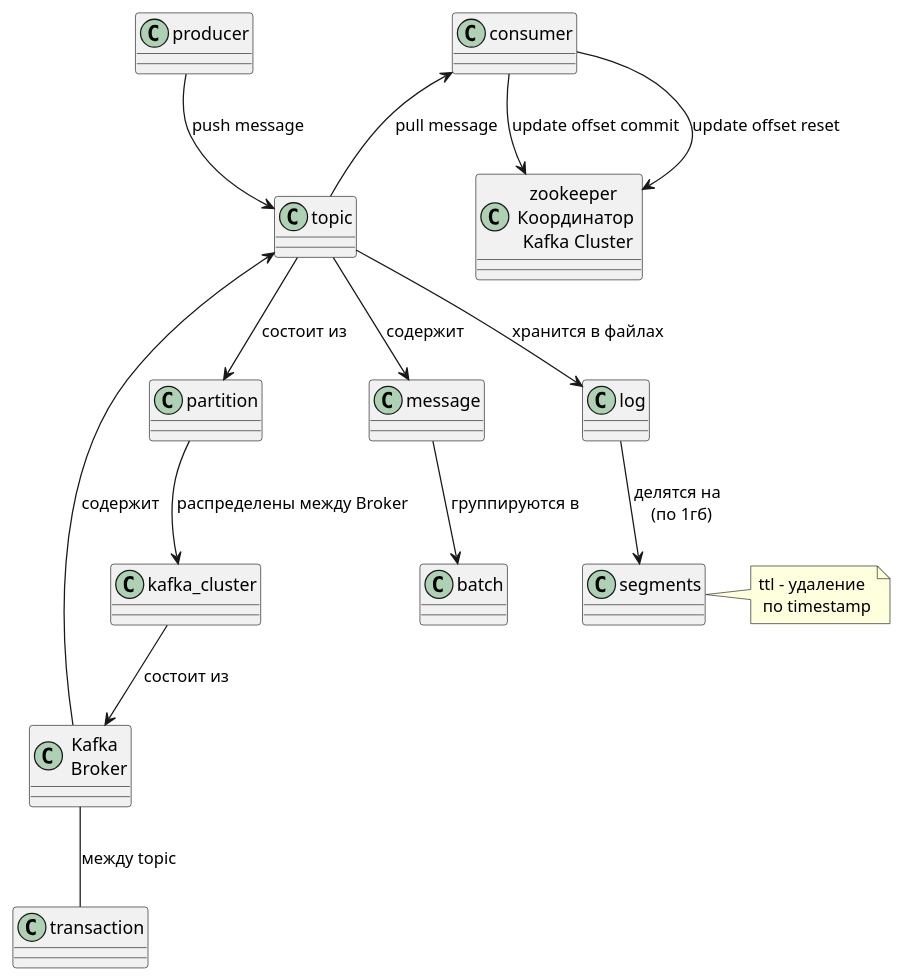
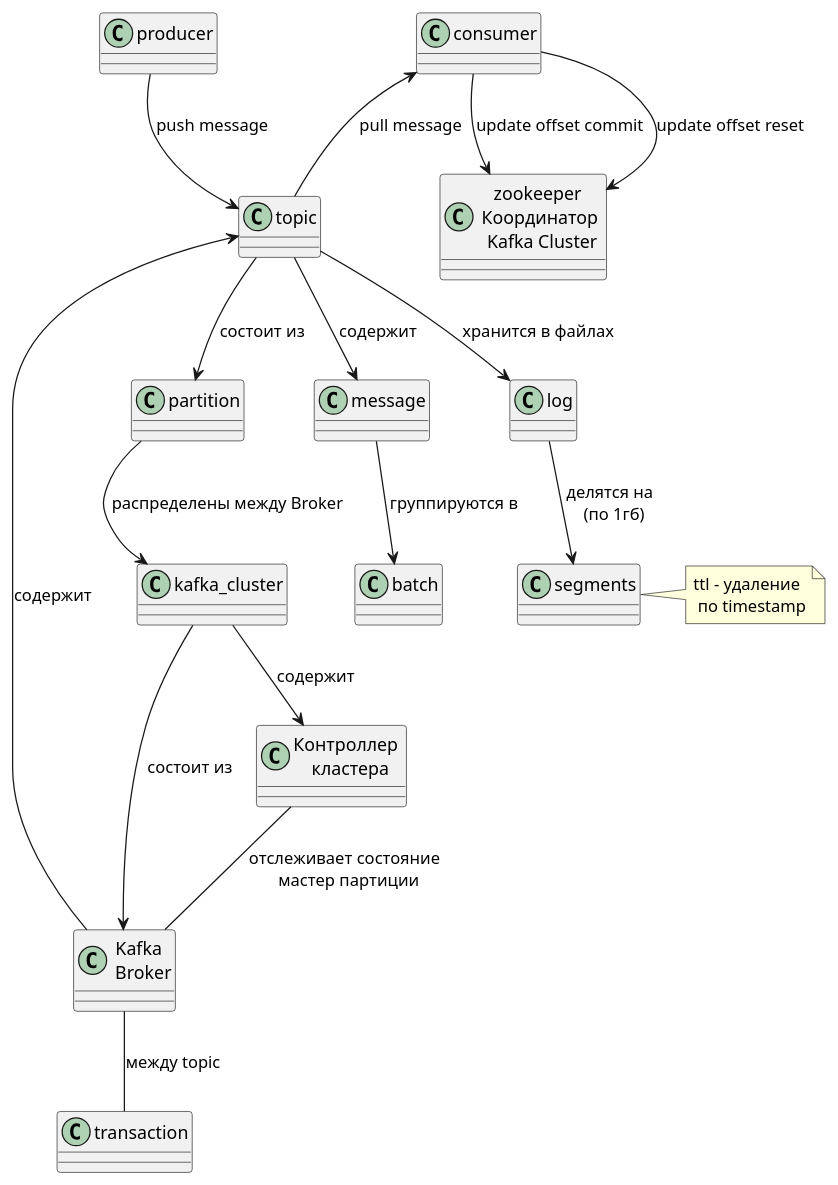
Before and after one commit to daemon110282/daemon110282.github.io: the diagram in technology/middleware/messagebus/kafka.puml, drawn with PlantUML. The commit also changed 2 other files, not shown here.

Commit message:
kafka docker add.

```diff
--- a/technology/middleware/messagebus/kafka.puml
+++ b/technology/middleware/messagebus/kafka.puml
@@ -1,27 +1,31 @@
 @startuml (id=Jenkins)
 
 class kafka as "Kafka \n Broker"
 class zookeeper as "zookeeper \n Координатор \n Kafka Cluster"
+' отвечает за назначение мастеров партиций и отслеживает состояние брокеров
+class kafka_controller as "Контроллер \n кластера"
 
 kafka_cluster --> kafka: состоит из
+kafka_cluster --> kafka_controller: содержит
+kafka_controller -- kafka: отслеживает состояние \n мастер партиции 
 
 kafka --> topic : содержит
 topic --> partition : состоит из
 partition --> kafka_cluster: распределены между Broker
 
 topic --> message: содержит
 message --> batch: группируются в
 producer --> topic : push message
 consumer <-- topic : pull message
 consumer --> zookeeper: update offset commit
 consumer --> zookeeper: update offset reset
 
 kafka -- transaction: между topic
 ' pipeline "1" --> "*" stage : включает
 ' pipeline --> jenkins_file : описывает
 
 topic --> log: хранится в файлах
 log --> segments: делятся на \n (по 1гб)
 note right: ttl - удаление \n по timestamp
 
 @enduml
```
